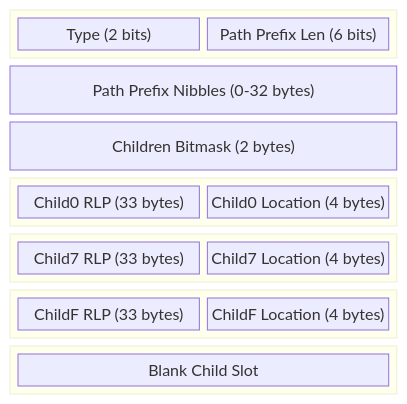
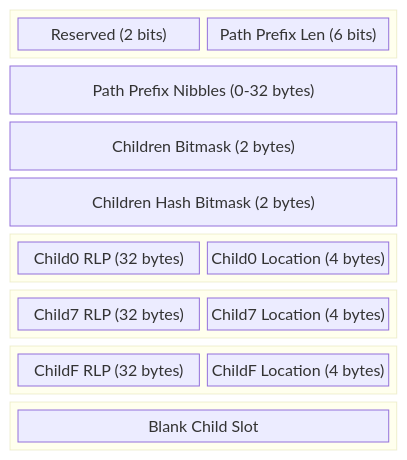
Before and after one commit to base/triedb: the fifth of 8 diagrams in README.md, drawn with Mermaid. The commit also changed other lines of this file, not shown here.

````diff
--- a/README.md
+++ b/README.md
@@ -160,23 +160,24 @@
 ```mermaid
 block-beta
   columns 1
   block:flags:1
     columns 8
-    Type["Type (2 bits)"]
+    Reserved["Reserved (2 bits)"]
     PathLen["Path Prefix Len (6 bits)"]
   end
   PathNibbles["Path Prefix Nibbles (0-32 bytes)"]
   ChildrenBitmask["Children Bitmask (2 bytes)"]
+  ChildrenHashes["Children Hash Bitmask (2 bytes)"]
   block:c0
-    C0_RLP["Child0 RLP (33 bytes)"] C0_Location["Child0 Location (4 bytes)"]
+    C0_RLP["Child0 RLP (32 bytes)"] C0_Location["Child0 Location (4 bytes)"]
   end
   block:c7
-    C7_RLP["Child7 RLP (33 bytes)"] C7_Location["Child7 Location (4 bytes)"]
+    C7_RLP["Child7 RLP (32 bytes)"] C7_Location["Child7 Location (4 bytes)"]
   end
   block:cf
-    CF_RLP["ChildF RLP (33 bytes)"] CF_Location["ChildF Location (4 bytes)"]
+    CF_RLP["ChildF RLP (32 bytes)"] CF_Location["ChildF Location (4 bytes)"]
   end
   block:cx
     CBlank["Blank Child Slot"]
   end
 ```
````
